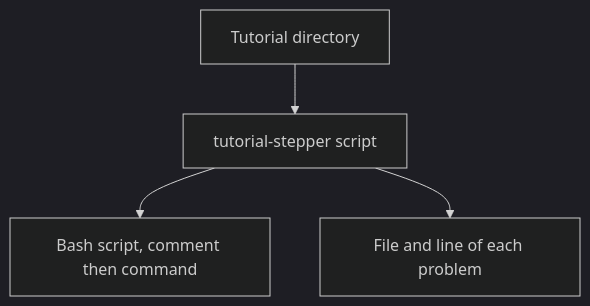
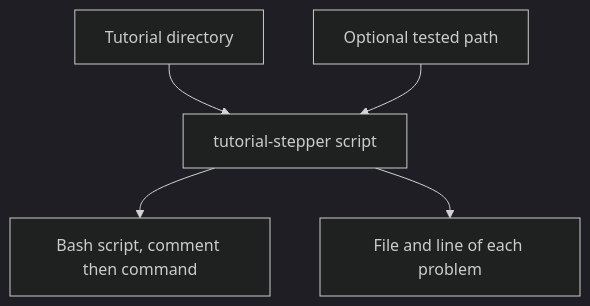
The diagram in docs/script.md (lambdasistemi/tutorial-stepper), drawn with Mermaid (dark theme) before and after one commit. The commit also changed other lines of this file and 6 other files, not shown here.

Commit message:
feat: print one tested path with script --path

````diff
--- a/docs/script.md
+++ b/docs/script.md
@@ -9,10 +9,12 @@
 ```mermaid
 flowchart TD
   directory["Tutorial directory"]
+  path["Optional tested path"]
   command["tutorial-stepper script"]
   script["Bash script, comment then command"]
   problems["File and line of each problem"]
   directory --> command
+  path --> command
   command --> script
   command --> problems
 ```
````
